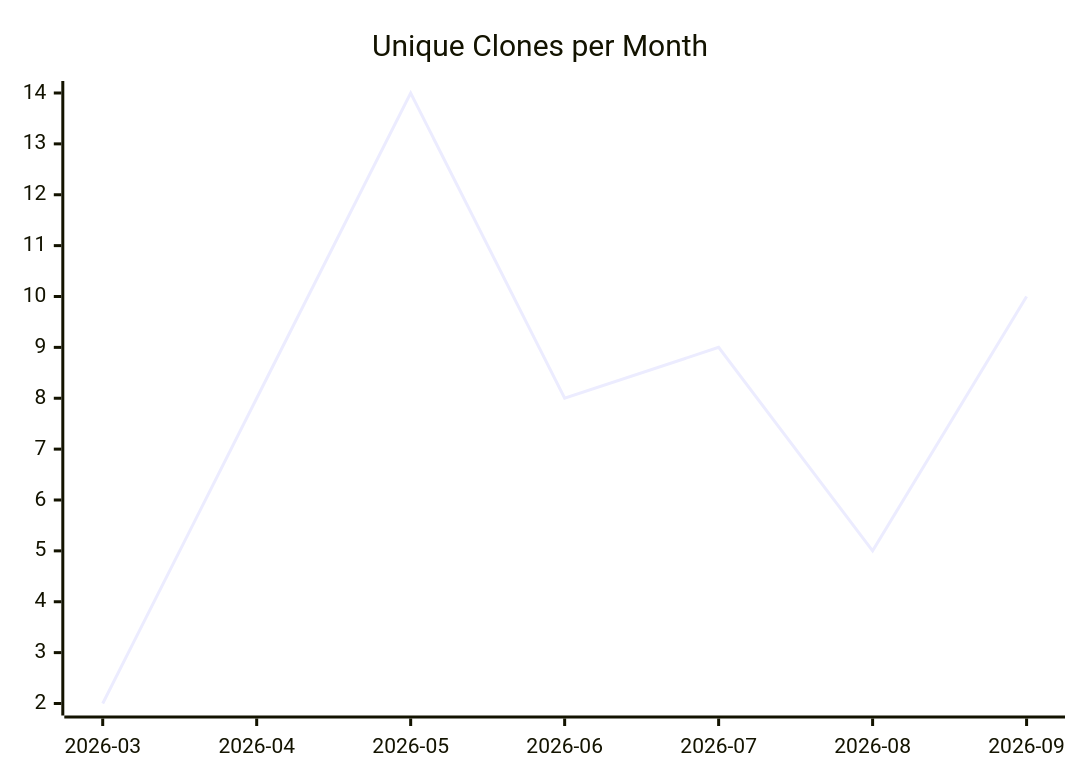
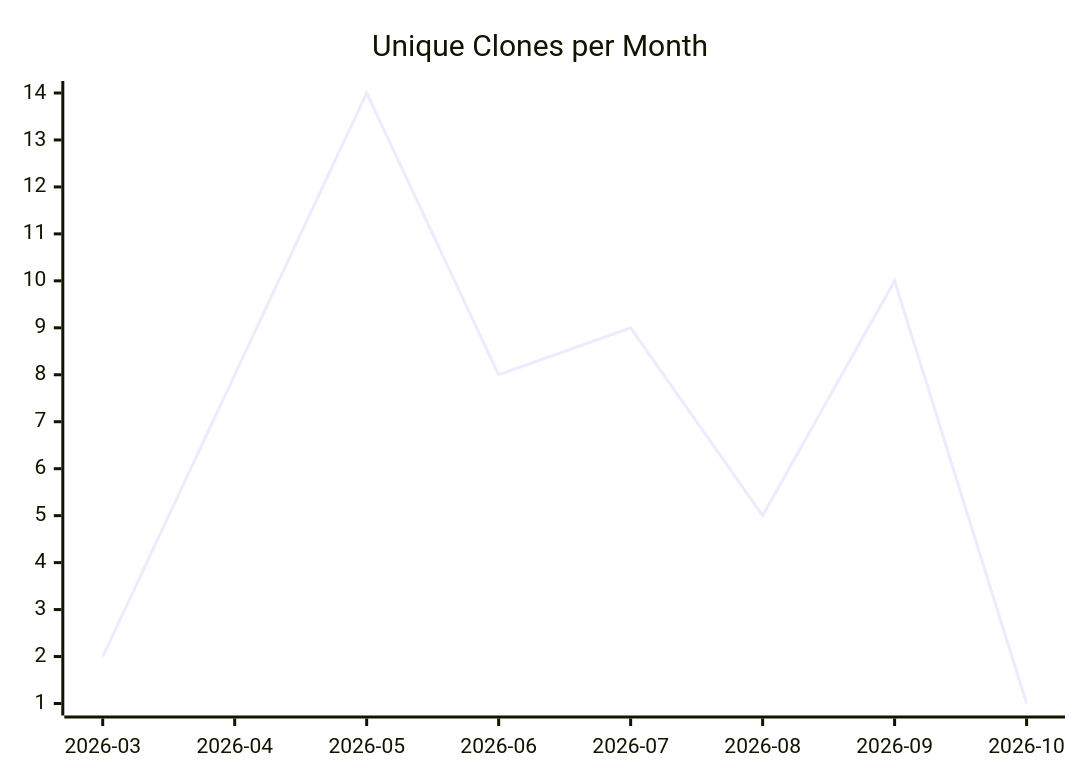
One commit to justdavis-family/github-analytics-data changed the third of 3 diagrams in karlmdavis/kobjects/README.md. Above: the diagram before and after it, drawn with Mermaid. The commit also changed other lines of this file and 202 other files, not shown here.

````diff
--- a/karlmdavis/kobjects/README.md
+++ b/karlmdavis/kobjects/README.md
@@ -19,6 +19,6 @@
 ```mermaid
 xychart-beta
   title "Unique Clones per Month"
-  x-axis ["2026-03", "2026-04", "2026-05", "2026-06", "2026-07", "2026-08", "2026-09"]
-  line [2, 8, 14, 8, 9, 5, 10]
+  x-axis ["2026-03", "2026-04", "2026-05", "2026-06", "2026-07", "2026-08", "2026-09", "2026-10"]
+  line [2, 8, 14, 8, 9, 5, 10, 1]
 ```
````
